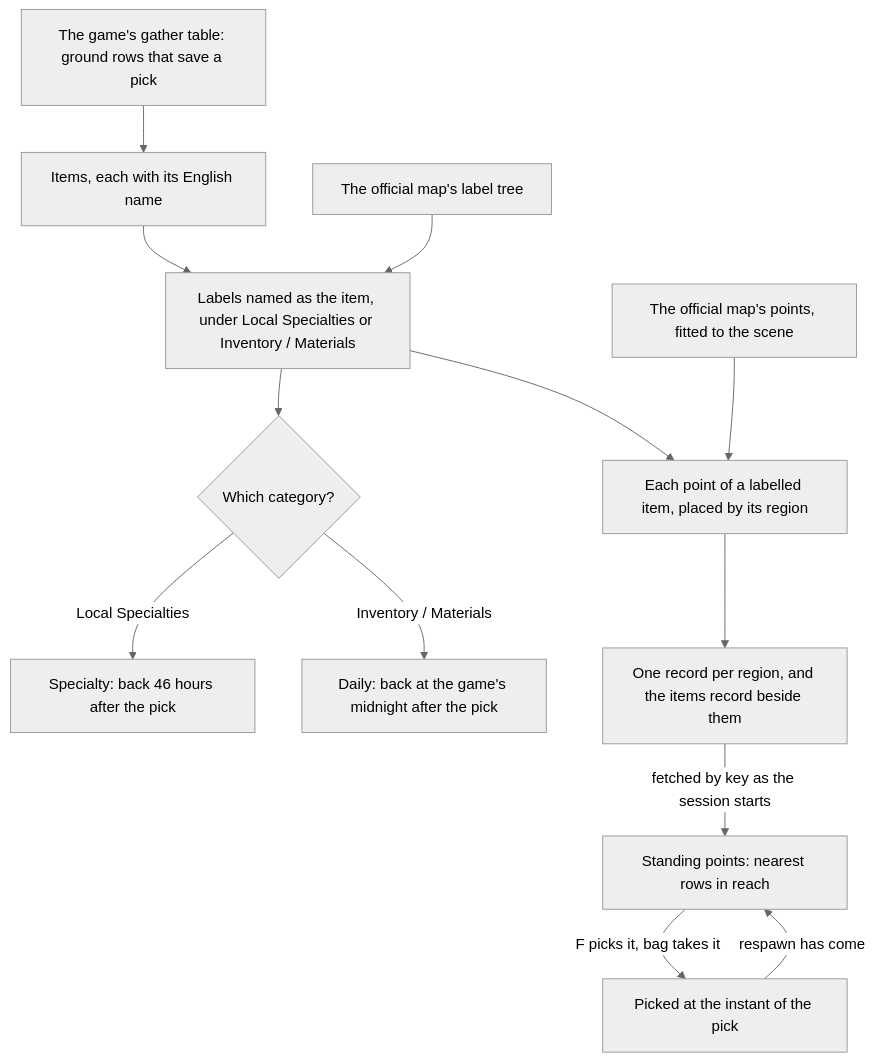
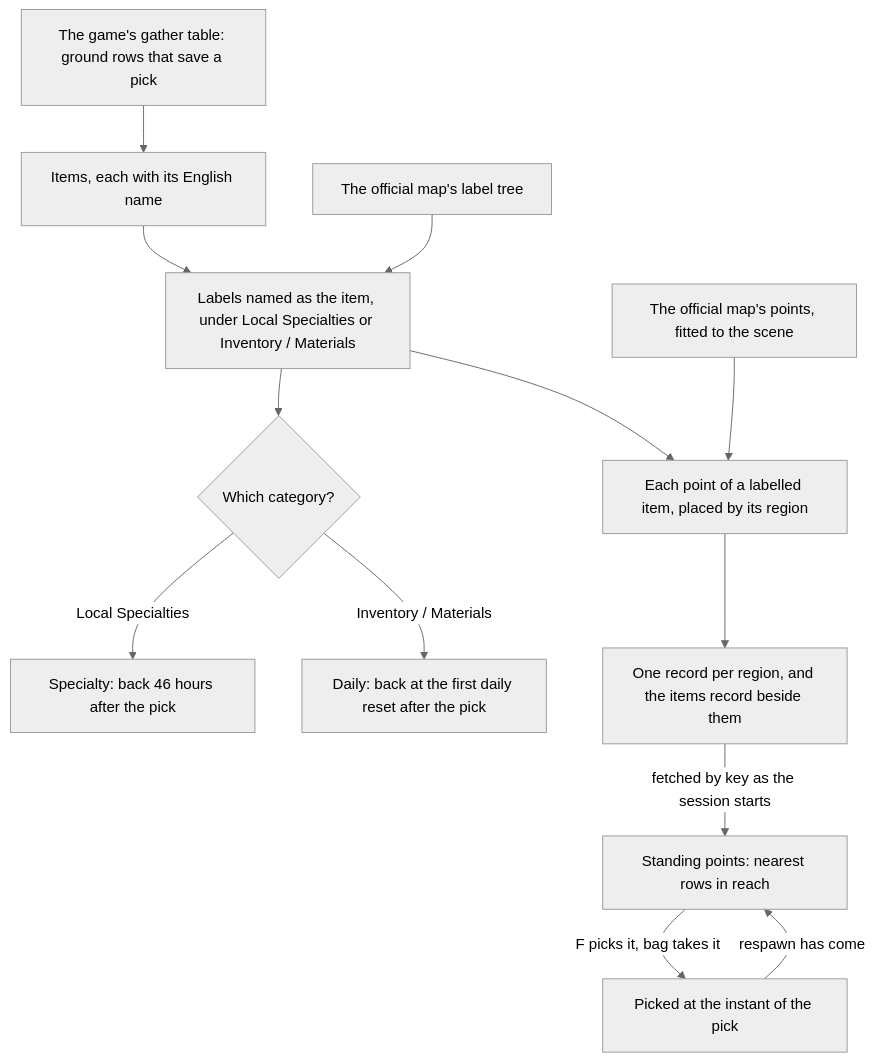
The diagram in openspec/specs/genshin/gathering/design.md (Esposter/Esposter), drawn with Mermaid (neutral theme) before and after one commit. The commit also changed other lines of this file and 5 other files, not shown here.

First line of the commit message:
feat(genshin-world): a daily gathering point comes back at the shared daily reset

````diff
--- a/openspec/specs/genshin/gathering/design.md
+++ b/openspec/specs/genshin/gathering/design.md
@@ -7,15 +7,15 @@
 ```mermaid
 flowchart TD
   G["The game's gather table: ground rows that save a pick"] --> I["Items, each with its English name"]
   M["The official map's label tree"] --> L["Labels named as the item, under Local Specialties or Inventory / Materials"]
   I --> L
   L --> C{"Which category?"}
   C -->|"Local Specialties"| S["Specialty: back 46 hours after the pick"]
-  C -->|"Inventory / Materials"| D["Daily: back at the game's midnight after the pick"]
+  C -->|"Inventory / Materials"| D["Daily: back at the first daily reset after the pick"]
   P["The official map's points, fitted to the scene"] --> PL["Each point of a labelled item, placed by its region"]
   L --> PL
   PL --> SLICE["One record per region, and the items record beside them"]
   SLICE -->|"fetched by key as the session starts"| W["Standing points: nearest rows in reach"]
   W -->|"F picks it, bag takes it"| PK["Picked at the instant of the pick"]
   PK -->|"respawn has come"| W
 ```
````
